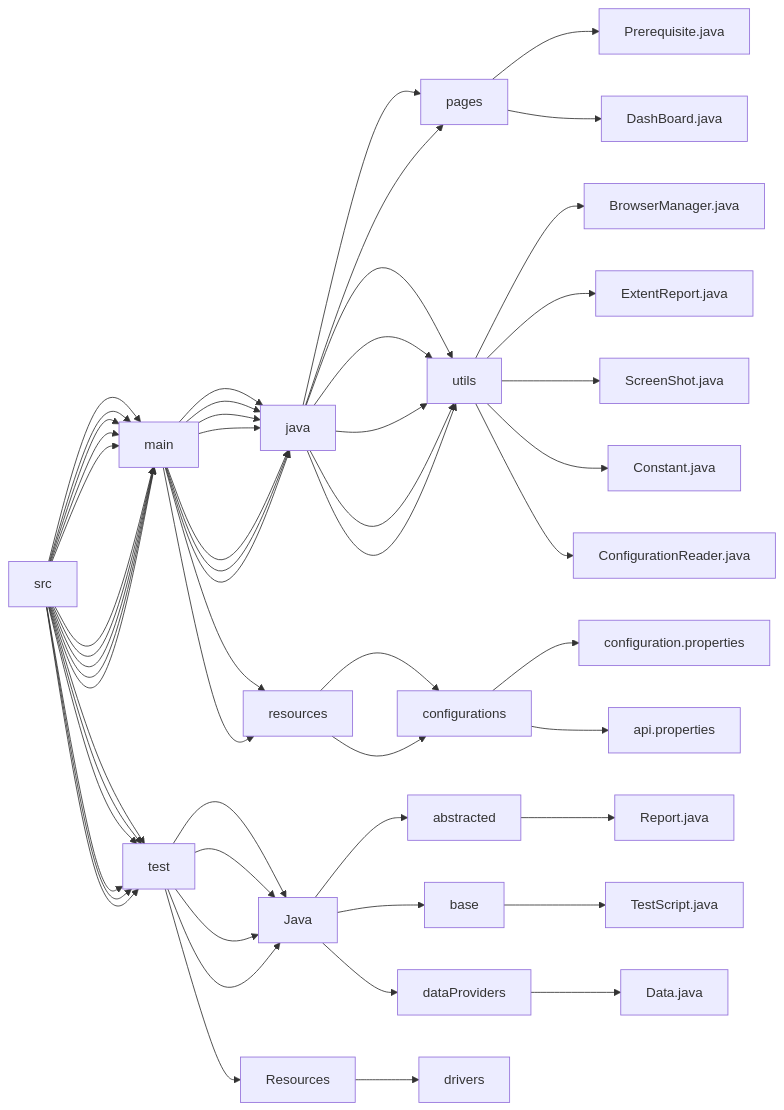
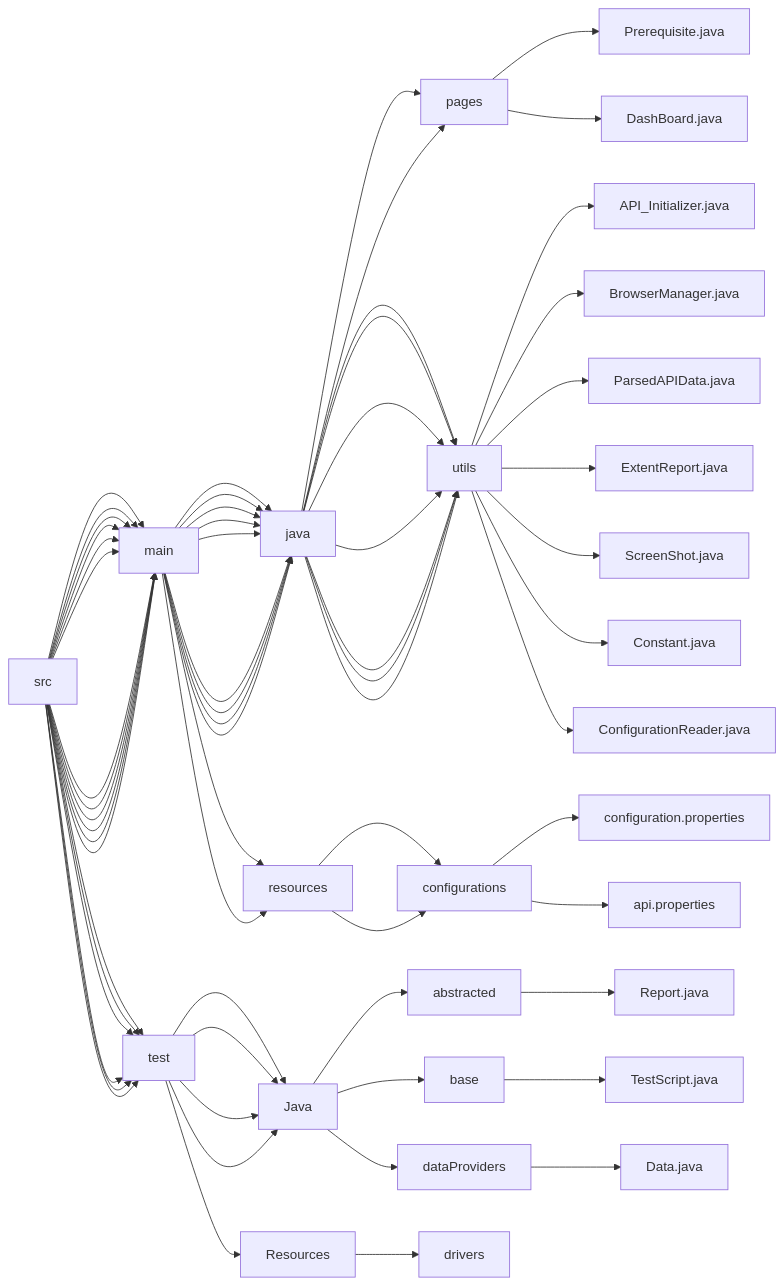
Before and after one commit to shark-2000/NCA_Fwk: the diagram in README.md, drawn with Mermaid.

Commit message:
updated readmen with changes

````diff
--- a/README.md
+++ b/README.md
@@ -11,28 +11,30 @@
 ```mermaid
 flowchart LR;
 src-->main;
 src-->test;
 src-->main-->java-->pages-->Prerequisite.java;
 src-->main-->java-->pages-->DashBoard.java;
 
 
 
+src-->main-->java-->utils-->API_Initializer.java;
 src-->main-->java-->utils-->BrowserManager.java;
+src-->main-->java-->utils-->ParsedAPIData.java;
 src-->main-->java-->utils-->ExtentReport.java;
 src-->main-->java-->utils-->ScreenShot.java;
 src-->main-->java-->utils-->Constant.java;
 src-->main-->java-->utils-->ConfigurationReader.java;
 
 src-->main-->resources-->configurations-->configuration.properties;
 src-->main-->resources-->configurations-->api.properties;
 
 
 src-->test-->Java;
 src-->test-->Java-->abstracted-->Report.java;
 src-->test-->Java-->base-->TestScript.java;
 src-->test-->Java-->dataProviders-->Data.java;
 
 
 
 src-->test-->Resources-->drivers;
 ```
````
